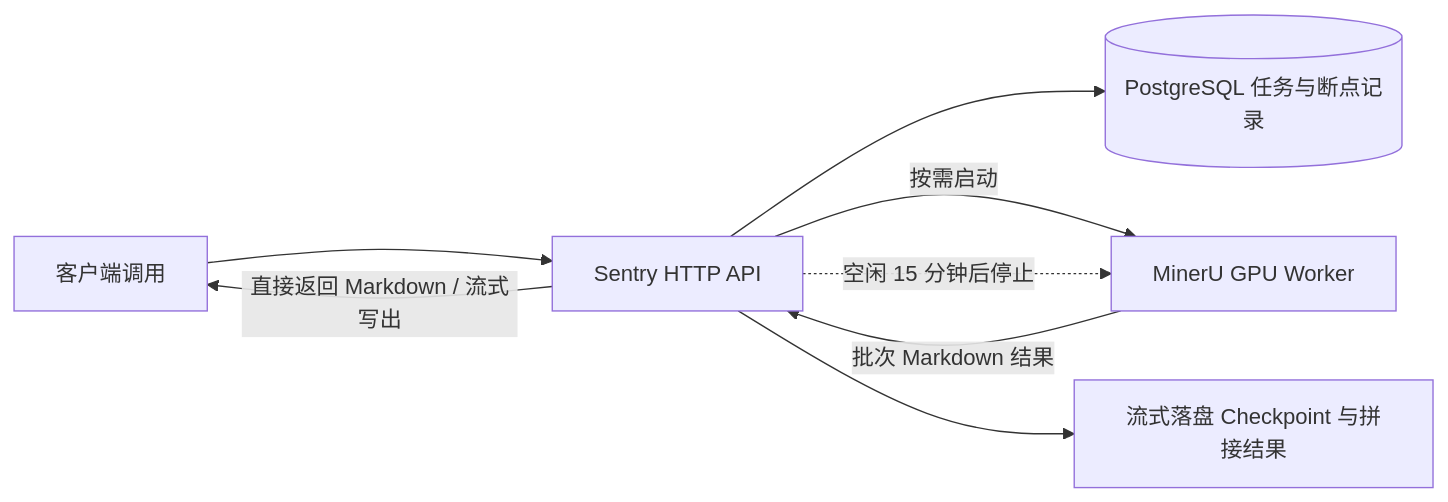
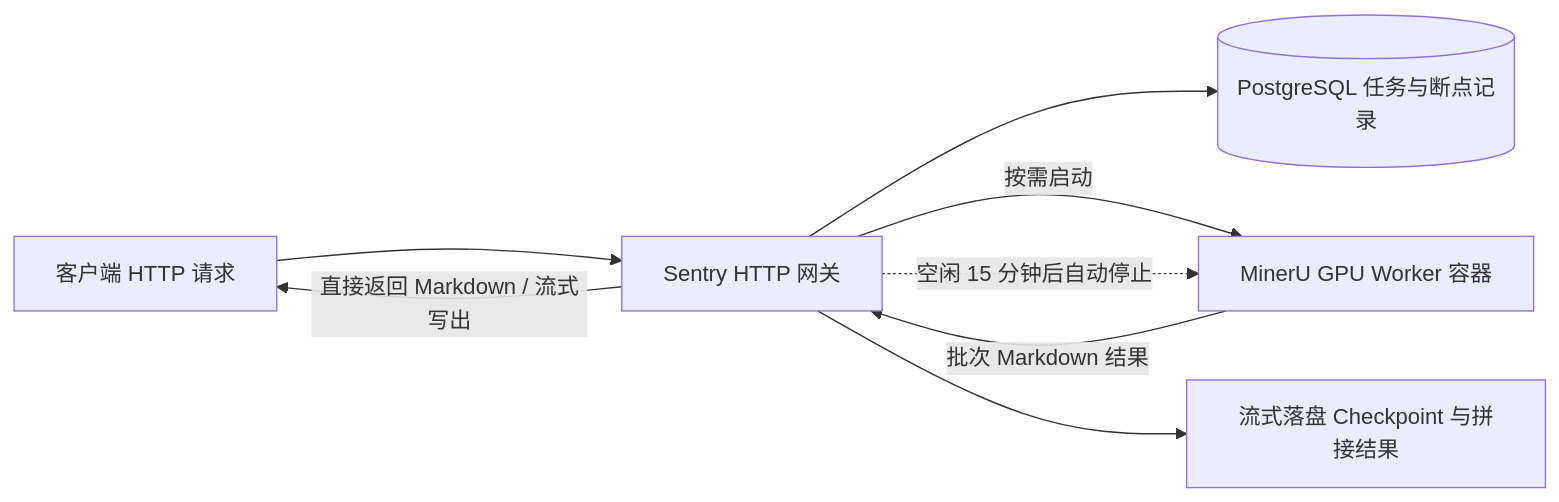
Before and after one commit to xuanxing-ai/mineru-sentry: the first of 2 diagrams in docs/zh-CN/README-cn.md, drawn with Mermaid. The commit also changed other lines of this file, not shown here.

````diff
--- a/docs/zh-CN/README-cn.md
+++ b/docs/zh-CN/README-cn.md
@@ -9,10 +67,10 @@
 ```mermaid
 flowchart LR
-    Client[客户端调用] --> Sentry[Sentry HTTP API]
+    Client[客户端 HTTP 请求] --> Sentry[Sentry HTTP 网关]
     Sentry --> DB[(PostgreSQL 任务与断点记录)]
-    Sentry -->|按需启动| Worker[MinerU GPU Worker]
+    Sentry -->|按需启动| Worker[MinerU GPU Worker 容器]
     Worker -->|批次 Markdown 结果| Sentry
     Sentry --> Files[流式落盘 Checkpoint 与拼接结果]
     Sentry -->|直接返回 Markdown / 流式写出| Client
-    Sentry -.->|空闲 15 分钟后停止| Worker
+    Sentry -.->|空闲 15 分钟后自动停止| Worker
 ```
````
